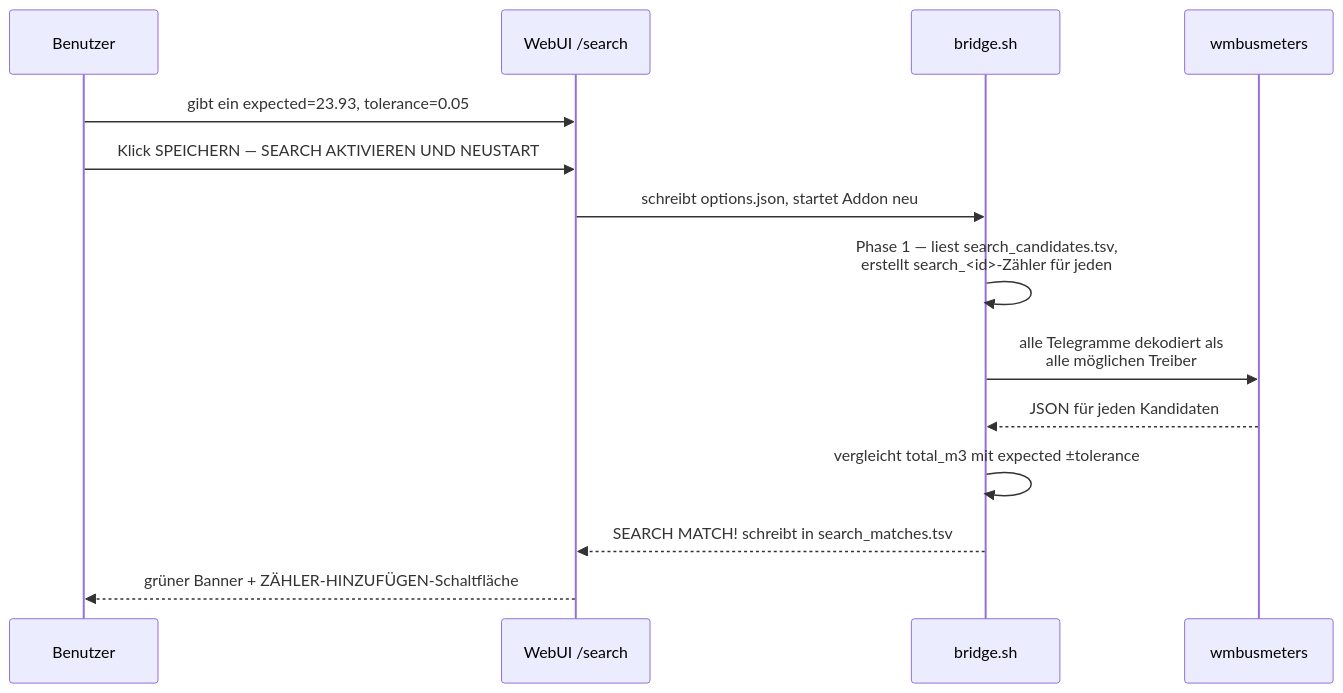
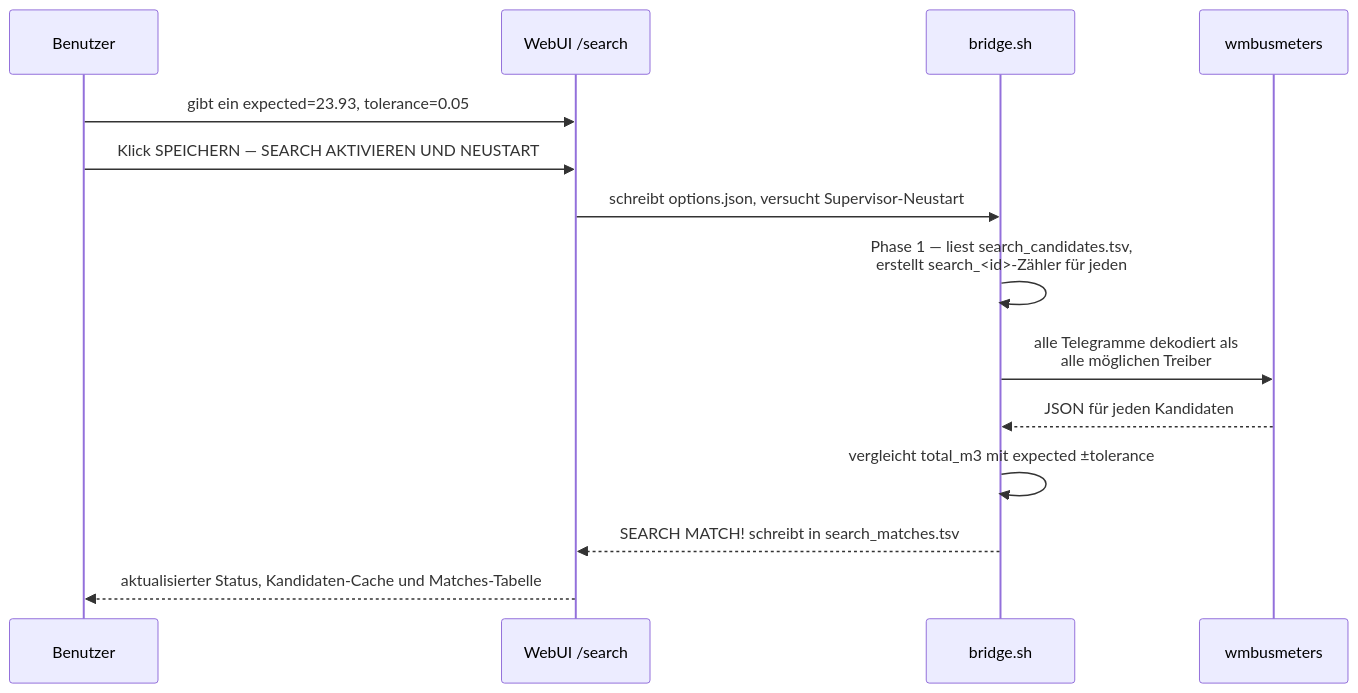
One commit to Kustonium/homeassistant-wmbus-mqtt-bridge-dev changed the fifth of 7 diagrams in docs/README.de.md. Above: the diagram before and after it, drawn with Mermaid. The commit also changed other lines of this file and 222 other files, not shown here.

````diff
--- a/docs/README.de.md
+++ b/docs/README.de.md
@@ -409,17 +409,17 @@
 ```mermaid
 sequenceDiagram
   participant U as Benutzer
   participant W as WebUI /search
   participant B as bridge.sh
   participant WM as wmbusmeters
 
   U->>W: gibt ein expected=23.93, tolerance=0.05
   U->>W: Klick SPEICHERN — SEARCH AKTIVIEREN UND NEUSTART
-  W->>B: schreibt options.json, startet Addon neu
+  W->>B: schreibt options.json, versucht Supervisor-Neustart
   B->>B: Phase 1 — liest search_candidates.tsv,<br/>erstellt search_<id>-Zähler für jeden
   B->>WM: alle Telegramme dekodiert als<br/>alle möglichen Treiber
   WM-->>B: JSON für jeden Kandidaten
   B->>B: vergleicht total_m3 mit expected ±tolerance
   B-->>W: SEARCH MATCH! schreibt in search_matches.tsv
-  W-->>U: grüner Banner + ZÄHLER-HINZUFÜGEN-Schaltfläche
+  W-->>U: aktualisierter Status, Kandidaten-Cache und Matches-Tabelle
 ```
````
